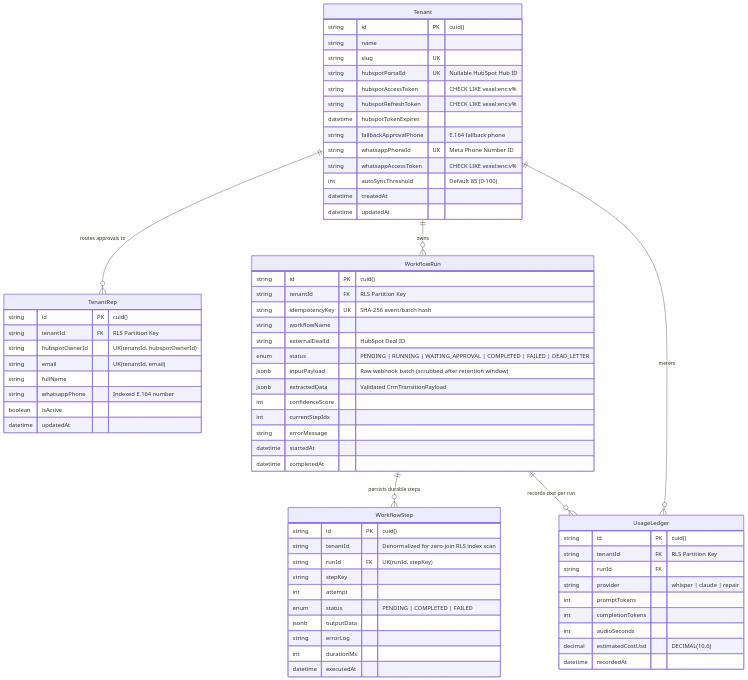
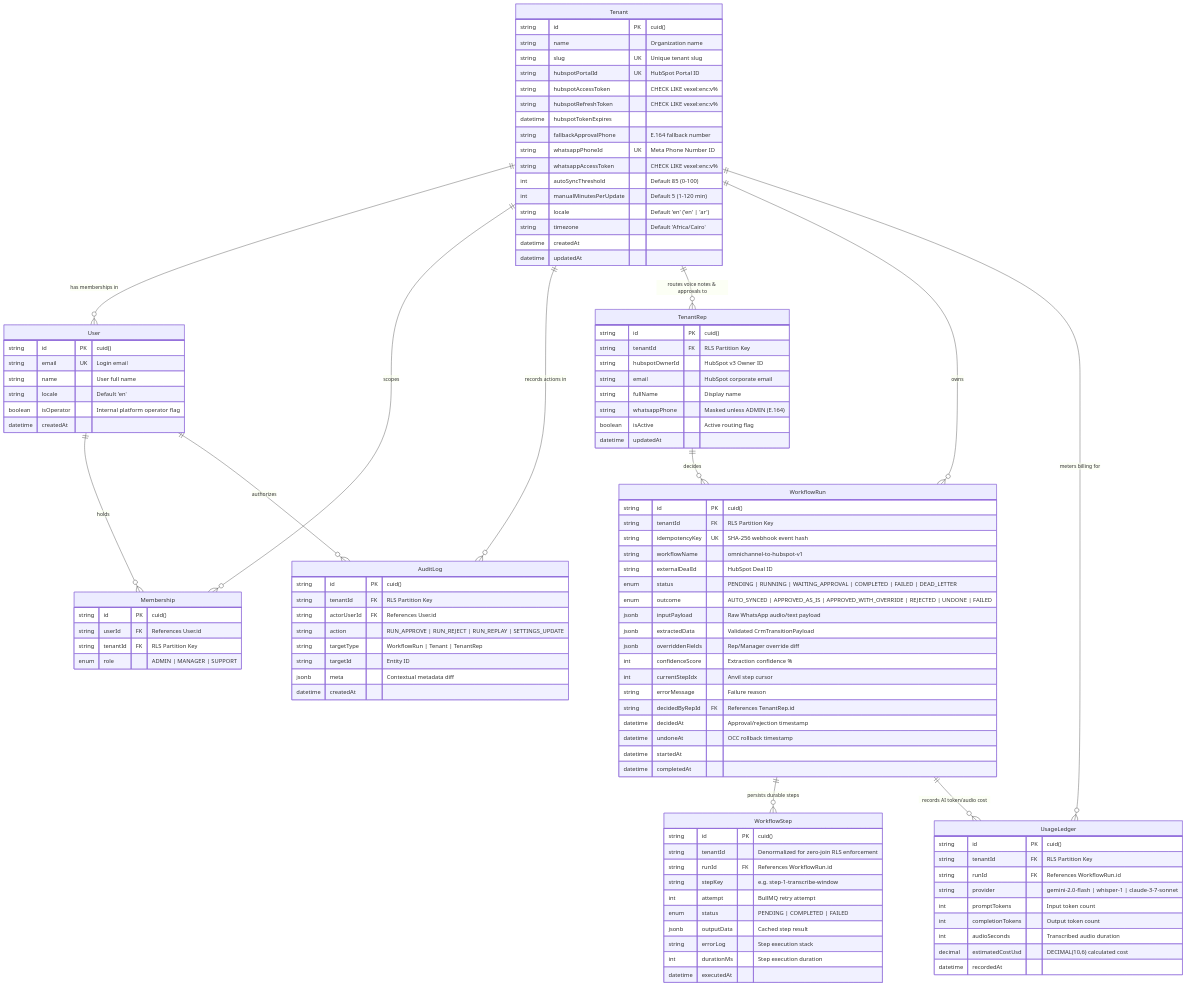
The fourth of 5 diagrams in README.md (mo74x/vexel), drawn with Mermaid before and after one commit. The commit also changed other lines of this file, not shown here.

Commit message:
docs: upgrade readme with comprehensive architecture diagrams and portal guide

````diff
--- a/README.md
+++ b/README.md
@@ -216,76 +221,117 @@
 ```mermaid
 erDiagram
-  Tenant ||--o{ TenantRep : "routes approvals to"
+  Tenant ||--o{ User : "has memberships in"
+  Tenant ||--o{ Membership : "scopes"
+  Tenant ||--o{ AuditLog : "records actions in"
+  Tenant ||--o{ TenantRep : "routes voice notes & approvals to"
   Tenant ||--o{ WorkflowRun : "owns"
-  Tenant ||--o{ UsageLedger : "meters"
+  Tenant ||--o{ UsageLedger : "meters billing for"
   WorkflowRun ||--o{ WorkflowStep : "persists durable steps"
-  WorkflowRun ||--o{ UsageLedger : "records cost per run"
+  WorkflowRun ||--o{ UsageLedger : "records AI token/audio cost"
+  User ||--o{ Membership : "holds"
+  User ||--o{ AuditLog : "authorizes"
+  TenantRep ||--o{ WorkflowRun : "decides"
 
   Tenant {
     string id PK "cuid()"
-    string name
-    string slug UK
-    string hubspotPortalId UK "Nullable HubSpot Hub ID"
+    string name "Organization name"
+    string slug UK "Unique tenant slug"
+    string hubspotPortalId UK "HubSpot Portal ID"
     string hubspotAccessToken "CHECK LIKE vexel:enc:v%"
     string hubspotRefreshToken "CHECK LIKE vexel:enc:v%"
     datetime hubspotTokenExpires
-    string fallbackApprovalPhone "E.164 fallback phone"
+    string fallbackApprovalPhone "E.164 fallback number"
     string whatsappPhoneId UK "Meta Phone Number ID"
     string whatsappAccessToken "CHECK LIKE vexel:enc:v%"
     int autoSyncThreshold "Default 85 (0-100)"
+    int manualMinutesPerUpdate "Default 5 (1-120 min)"
+    string locale "Default 'en' ('en' | 'ar')"
+    string timezone "Default 'Africa/Cairo'"
     datetime createdAt
     datetime updatedAt
+  }
+
+  User {
+    string id PK "cuid()"
+    string email UK "Login email"
+    string name "User full name"
+    string locale "Default 'en'"
+    boolean isOperator "Internal platform operator flag"
+    datetime createdAt
+  }
+
+  Membership {
+    string id PK "cuid()"
+    string userId FK "References User.id"
+    string tenantId FK "RLS Partition Key"
+    enum role "ADMIN | MANAGER | SUPPORT"
+  }
+
+  AuditLog {
+    string id PK "cuid()"
+    string tenantId FK "RLS Partition Key"
+    string actorUserId FK "References User.id"
+    string action "RUN_APPROVE | RUN_REJECT | RUN_REPLAY | SETTINGS_UPDATE"
+    string targetType "WorkflowRun | Tenant | TenantRep"
+    string targetId "Entity ID"
+    jsonb meta "Contextual metadata diff"
+    datetime createdAt
   }
 
   TenantRep {
     string id PK "cuid()"
     string tenantId FK "RLS Partition Key"
-    string hubspotOwnerId "UK(tenantId, hubspotOwnerId)"
-    string email "UK(tenantId, email)"
-    string fullName
-    string whatsappPhone "Indexed E.164 number"
-    boolean isActive
+    string hubspotOwnerId "HubSpot v3 Owner ID"
+    string email "HubSpot corporate email"
+    string fullName "Display name"
+    string whatsappPhone "Masked unless ADMIN (E.164)"
+    boolean isActive "Active routing flag"
     datetime updatedAt
   }
 
   WorkflowRun {
     string id PK "cuid()"
     string tenantId FK "RLS Partition Key"
-    string idempotencyKey UK "SHA-256 event/batch hash"
-    string workflowName
+    string idempotencyKey UK "SHA-256 webhook event hash"
+    string workflowName "omnichannel-to-hubspot-v1"
     string externalDealId "HubSpot Deal ID"
     enum status "PENDING | RUNNING | WAITING_APPROVAL | COMPLETED | FAILED | DEAD_LETTER"
-    jsonb inputPayload "Raw webhook batch (scrubbed after retention window)"
+    enum outcome "AUTO_SYNCED | APPROVED_AS_IS | APPROVED_WITH_OVERRIDE | REJECTED | UNDONE | FAILED"
+    jsonb inputPayload "Raw WhatsApp audio/text payload"
     jsonb extractedData "Validated CrmTransitionPayload"
-    int confidenceScore
-    int currentStepIdx
-    string errorMessage
+    jsonb overriddenFields "Rep/Manager override diff"
+    int confidenceScore "Extraction confidence %"
+    int currentStepIdx "Anvil step cursor"
+    string errorMessage "Failure reason"
+    string decidedByRepId FK "References TenantRep.id"
+    datetime decidedAt "Approval/rejection timestamp"
+    datetime undoneAt "OCC rollback timestamp"
     datetime startedAt
     datetime completedAt
   }
 
   WorkflowStep {
     string id PK "cuid()"
-    string tenantId "Denormalized for zero-join RLS index scan"
-    string runId FK "UK(runId, stepKey)"
-    string stepKey
-    int attempt
+    string tenantId "Denormalized for zero-join RLS enforcement"
+    string runId FK "References WorkflowRun.id"
+    string stepKey "e.g. step-1-transcribe-window"
+    int attempt "BullMQ retry attempt"
     enum status "PENDING | COMPLETED | FAILED"
-    jsonb outputData
-    string errorLog
-    int durationMs
+    jsonb outputData "Cached step result"
+    string errorLog "Step execution stack"
+    int durationMs "Step execution duration"
     datetime executedAt
   }
 
   UsageLedger {
     string id PK "cuid()"
     string tenantId FK "RLS Partition Key"
-    string runId FK
-    string provider "whisper | claude | repair"
-    int promptTokens
-    int completionTokens
-    int audioSeconds
-    decimal estimatedCostUsd "DECIMAL(10,6)"
+    string runId FK "References WorkflowRun.id"
+    string provider "gemini-2.0-flash | whisper-1 | claude-3-7-sonnet"
+    int promptTokens "Input token count"
+    int completionTokens "Output token count"
+    int audioSeconds "Transcribed audio duration"
+    decimal estimatedCostUsd "DECIMAL(10,6) calculated cost"
     datetime recordedAt
   }
 ```
````
